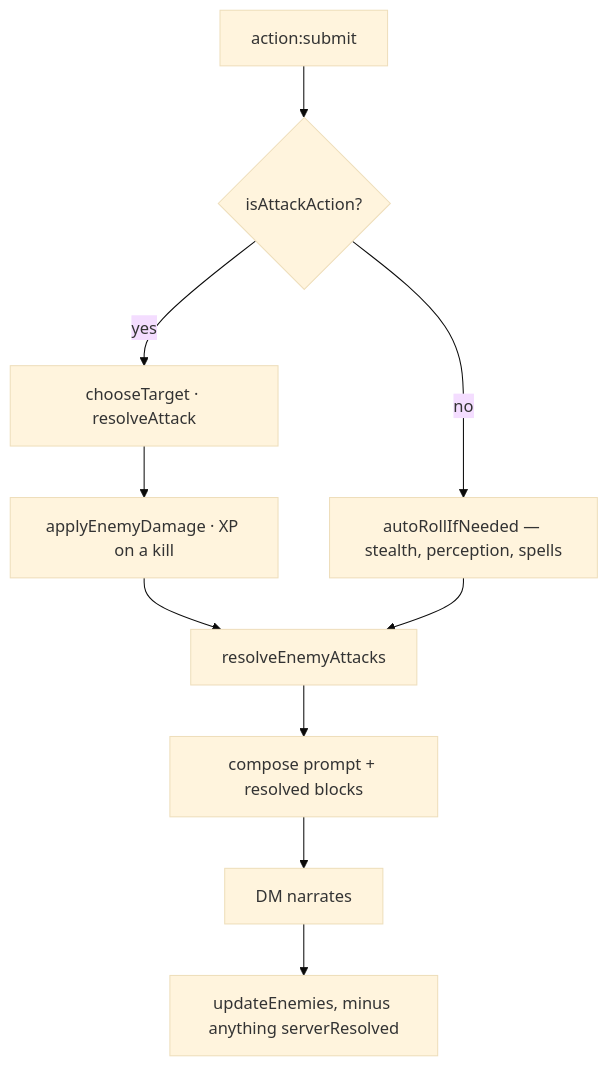
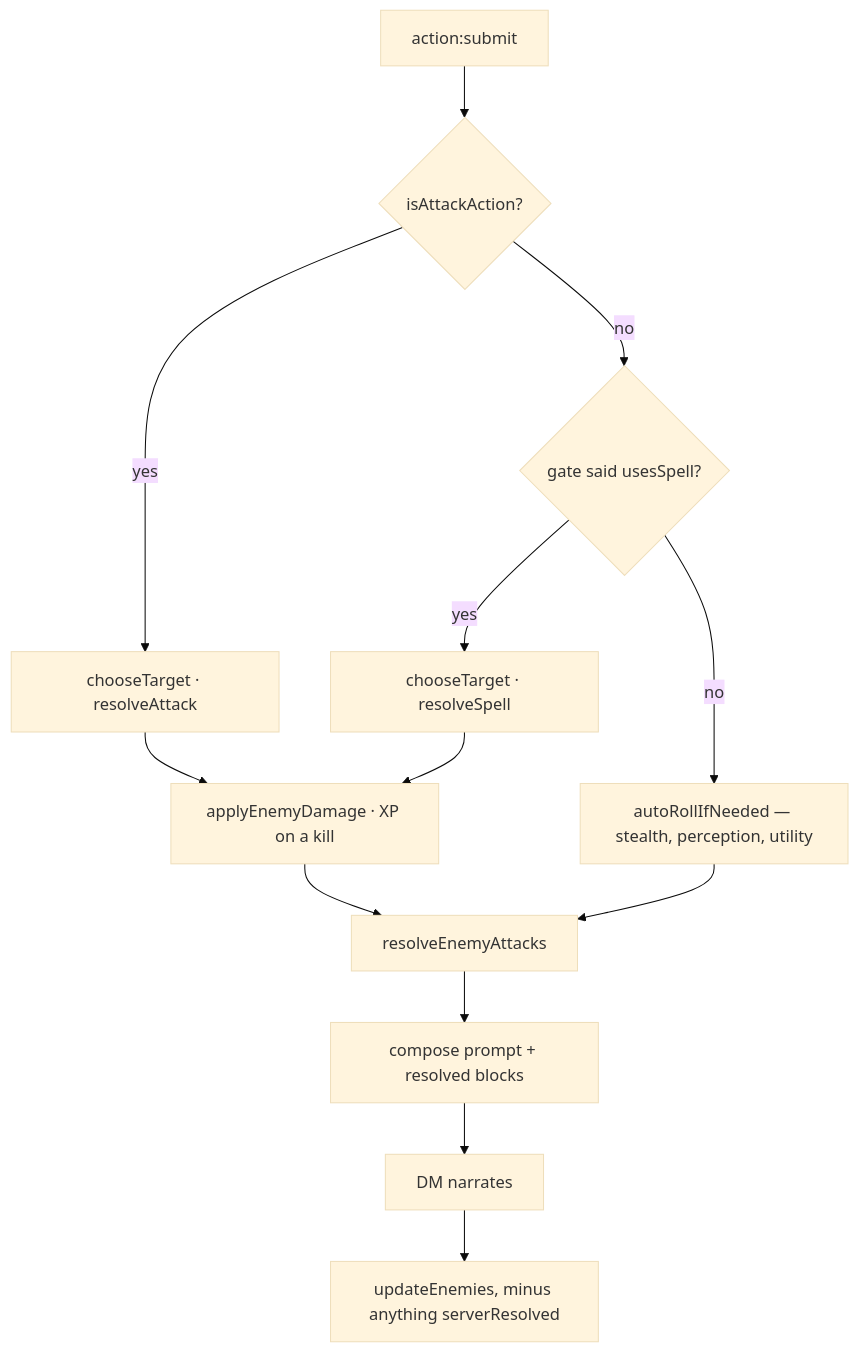
Before and after one commit to Kenji776/StoryTeller: the diagram in docs/modules/combat.md, drawn with Mermaid (base theme). The commit also changed other lines of this file and 8 other files, not shown here.

````diff
--- a/docs/modules/combat.md
+++ b/docs/modules/combat.md
@@ -20,12 +20,15 @@
 ```mermaid
 flowchart TD
     A["action:submit"] --> B{"isAttackAction?"}
     B -- yes --> C["chooseTarget · resolveAttack"]
     C --> D["applyEnemyDamage · XP on a kill"]
-    B -- no --> E["autoRollIfNeeded — stealth, perception, spells"]
+    B -- no --> S{"gate said usesSpell?"}
+    S -- yes --> T["chooseTarget · resolveSpell"]
+    T --> D
+    S -- no --> E["autoRollIfNeeded — stealth, perception, utility"]
     D --> F["resolveEnemyAttacks"]
     E --> F
     F --> G["compose prompt + resolved blocks"]
     G --> H["DM narrates"]
     H --> I["updateEnemies, minus anything serverResolved"]
 ```
````
